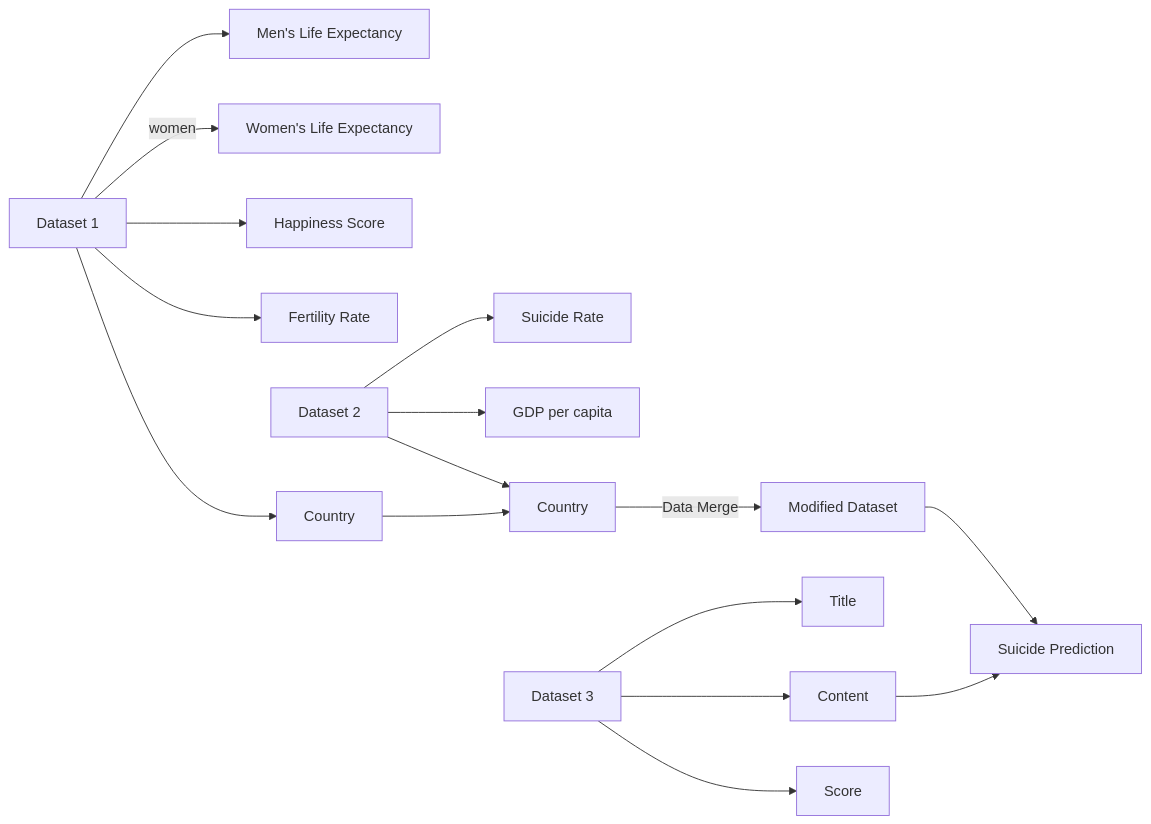
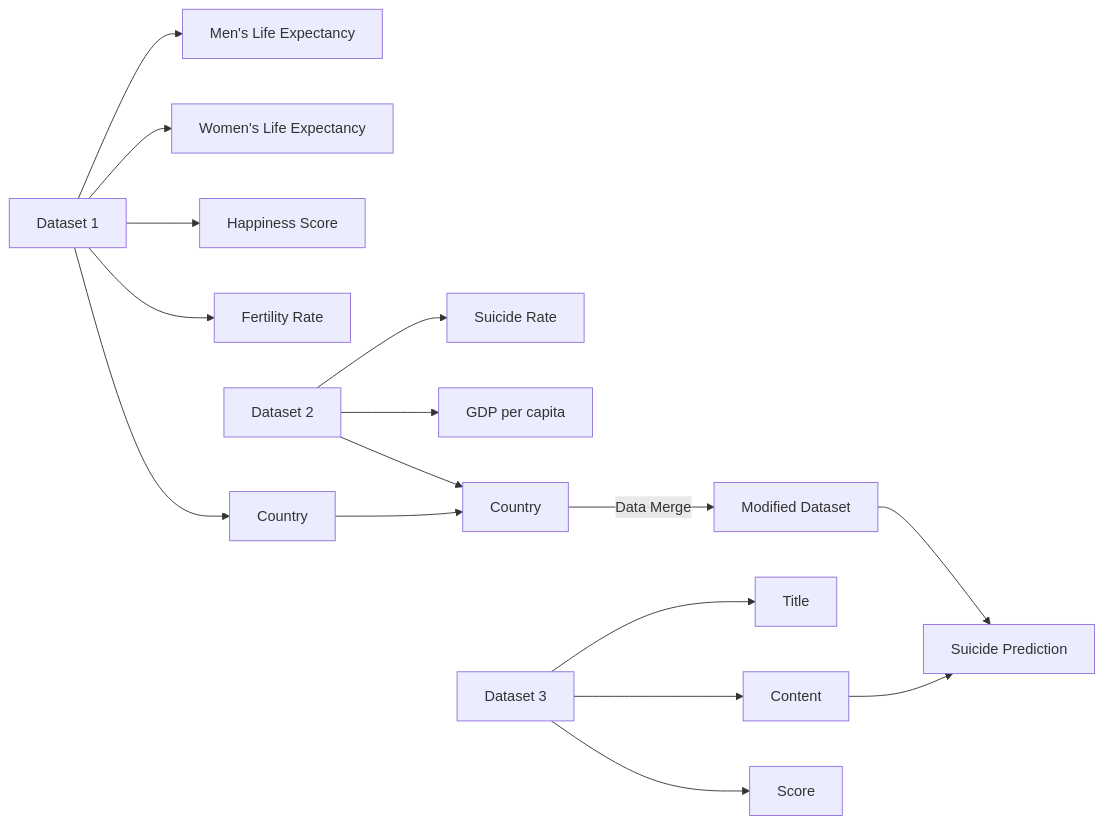
The diagram in 3-data-analysis.qmd (shruti559/MS5130), drawn with Mermaid before and after one commit. The commit also changed other lines of this file and 3 other files, not shown here.

````diff
--- a/3-data-analysis.qmd
+++ b/3-data-analysis.qmd
@@ -115,21 +121,21 @@
 ```{mermaid}
  flowchart LR
       A[Dataset 1] --> B["Men's Life Expectancy"]
-    A --> |women| C["Women's Life Expectancy"]
+    A -->  C["Women's Life Expectancy"]
     A --> D["Happiness Score"]
     A --> E["Fertility Rate"]
     A --> F[Country]
     
     G[Dataset 2] --> H["Suicide Rate"]
     G --> J["GDP per capita"]
     G --> L[Country]
     
     F --> L
     L -->|Data Merge|M[Modified Dataset]
     
     N[Dataset 3] --> O[Title]
     N--> P[Content]
     N --> Q[Score]
     M --> R[Suicide Prediction]
     P --> R
 ```
````
